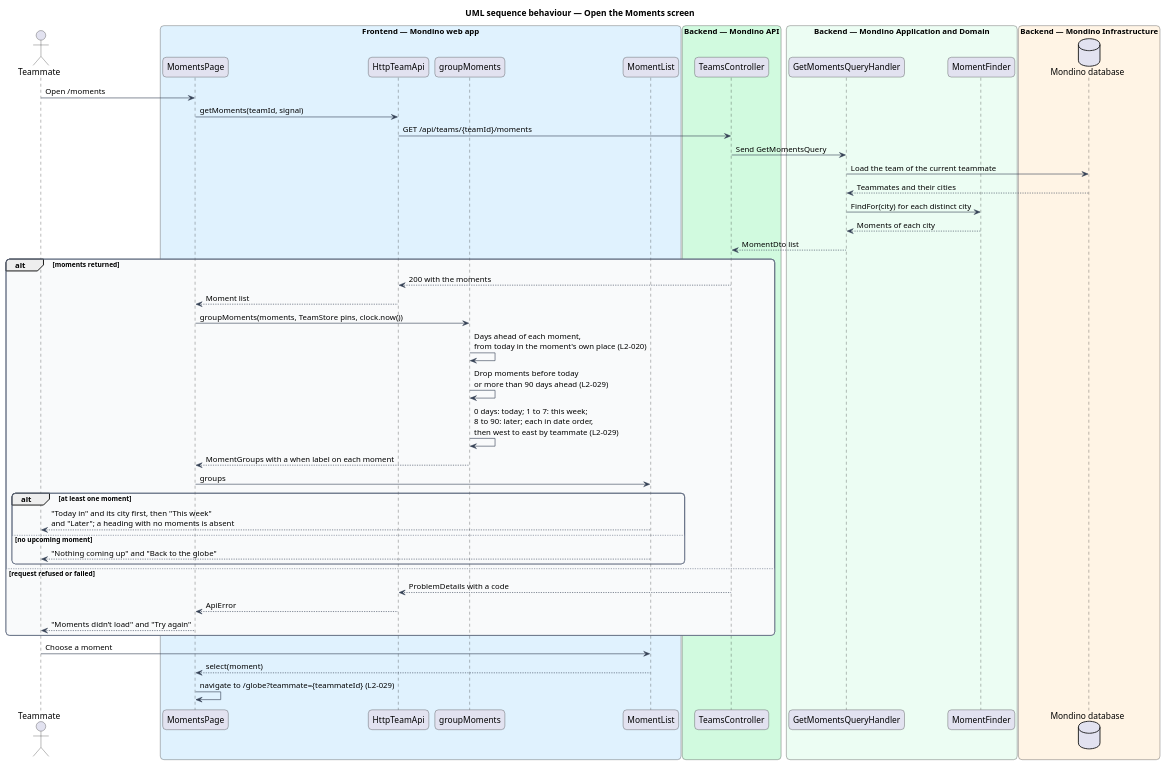
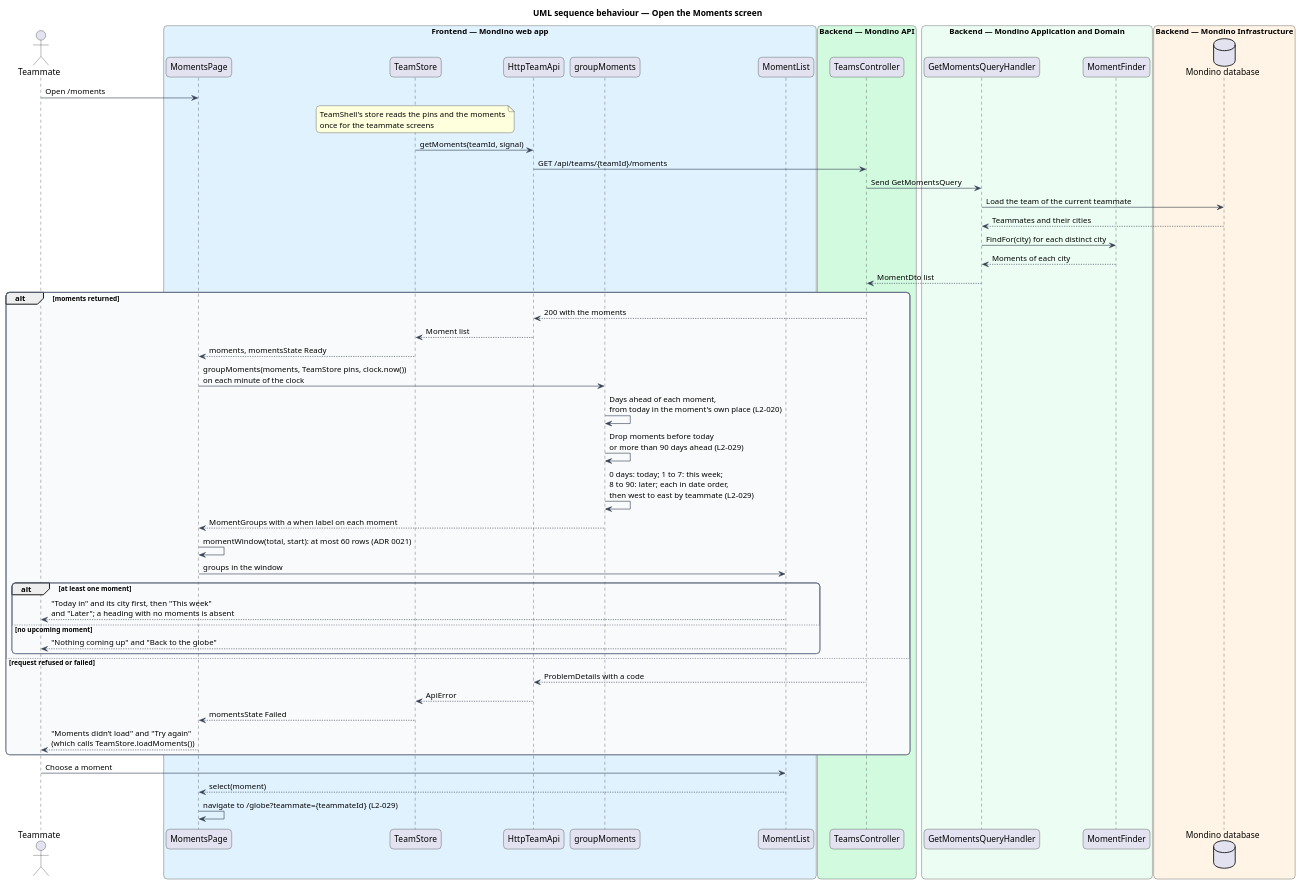
The diagram in docs/detailed-designs/moments/list-moments/diagrams/sequence-open-moments.puml (QuinntyneBrown/Mondino), drawn with PlantUML before and after one commit. The commit also changed 12 other files, not shown here.

First line of the commit message:
Bring List moments' design in line with the mock and the store it reads

```diff
--- a/docs/detailed-designs/moments/list-moments/diagrams/sequence-open-moments.puml
+++ b/docs/detailed-designs/moments/list-moments/diagrams/sequence-open-moments.puml
@@ -1,66 +1,71 @@
 @startuml
 title UML sequence behaviour — Open the Moments screen
 skinparam backgroundColor #FFFFFF
 skinparam shadowing false
 skinparam roundcorner 12
 skinparam defaultFontName Arial
 skinparam ArrowColor #344054
 skinparam rectangle {
   BorderColor #344054
   FontColor #101828
 }
 skinparam package {
   BorderColor #667085
   FontColor #101828
   BackgroundColor #F9FAFB
 }
 actor "Teammate" as actor
 box "Frontend — Mondino web app" #E0F2FE
   participant "MomentsPage" as page
+  participant "TeamStore" as store
   participant "HttpTeamApi" as client
   participant "groupMoments" as group
   participant "MomentList" as list
 end box
 box "Backend — Mondino API" #D1FADF
   participant "TeamsController" as controller
 end box
 box "Backend — Mondino Application and Domain" #ECFDF3
   participant "GetMomentsQueryHandler" as handler
   participant "MomentFinder" as finder
 end box
 box "Backend — Mondino Infrastructure" #FFF4E5
   database "Mondino database" as db
 end box
 
 actor -> page : Open /moments
-page -> client : getMoments(teamId, signal)
+note over store : TeamShell's store reads the pins and the moments\nonce for the teammate screens
+store -> client : getMoments(teamId, signal)
 client -> controller : GET /api/teams/{teamId}/moments
 controller -> handler : Send GetMomentsQuery
 handler -> db : Load the team of the current teammate
 db --> handler : Teammates and their cities
 handler -> finder : FindFor(city) for each distinct city
 finder --> handler : Moments of each city
 handler --> controller : MomentDto list
 alt moments returned
   controller --> client : 200 with the moments
-  client --> page : Moment list
-  page -> group : groupMoments(moments, TeamStore pins, clock.now())
+  client --> store : Moment list
+  store --> page : moments, momentsState Ready
+  page -> group : groupMoments(moments, TeamStore pins, clock.now())\non each minute of the clock
   group -> group : Days ahead of each moment,\nfrom today in the moment's own place (L2-020)
   group -> group : Drop moments before today\nor more than 90 days ahead (L2-029)
   group -> group : 0 days: today; 1 to 7: this week;\n8 to 90: later; each in date order,\nthen west to east by teammate (L2-029)
   group --> page : MomentGroups with a when label on each moment
-  page -> list : groups
+  page -> page : momentWindow(total, start): at most 60 rows (ADR 0021)
+  page -> list : groups in the window
   alt at least one moment
     list --> actor : "Today in" and its city first, then "This week"\nand "Later"; a heading with no moments is absent
   else no upcoming moment
     list --> actor : "Nothing coming up" and "Back to the globe"
   end
 else request refused or failed
   controller --> client : ProblemDetails with a code
-  client --> page : ApiError
-  page --> actor : "Moments didn’t load" and "Try again"
+  client --> store : ApiError
+  store --> page : momentsState Failed
+  page --> actor : "Moments didn’t load" and "Try again"\n(which calls TeamStore.loadMoments())
 end
 actor -> list : Choose a moment
 list --> page : select(moment)
 page -> page : navigate to /globe?teammate={teammateId} (L2-029)
 @enduml
```
